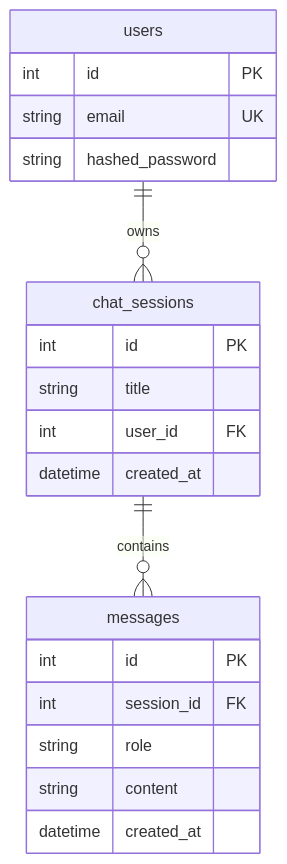
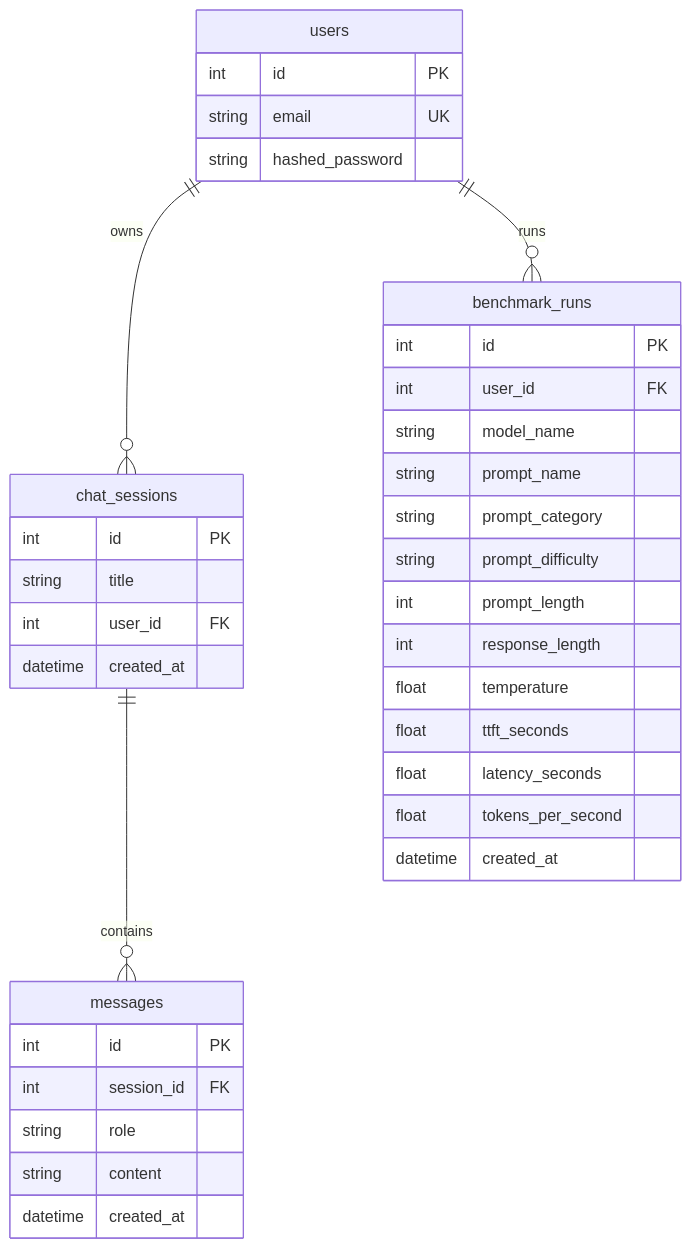
Before and after one commit to Sourajit-M/local-ai-inference-platform: the second of 2 diagrams in LLM_WIKI.md, drawn with Mermaid. The commit also changed other lines of this file and 1 other file, not shown here.

Commit message:
docs: update architecture and benchmarking documentation

````diff
--- a/LLM_WIKI.md
+++ b/LLM_WIKI.md
@@ -109,24 +134,40 @@
 ```mermaid
 erDiagram
     users {
         int id PK
         string email UK
         string hashed_password
     }
     chat_sessions {
         int id PK
         string title
         int user_id FK
         datetime created_at
     }
     messages {
         int id PK
         int session_id FK
         string role
         string content
         datetime created_at
     }
+    benchmark_runs {
+        int id PK
+        int user_id FK
+        string model_name
+        string prompt_name
+        string prompt_category
+        string prompt_difficulty
+        int prompt_length
+        int response_length
+        float temperature
+        float ttft_seconds
+        float latency_seconds
+        float tokens_per_second
+        datetime created_at
+    }
 
     users ||--o{ chat_sessions : "owns"
     chat_sessions ||--o{ messages : "contains"
+    users ||--o{ benchmark_runs : "runs"
 ```
````
